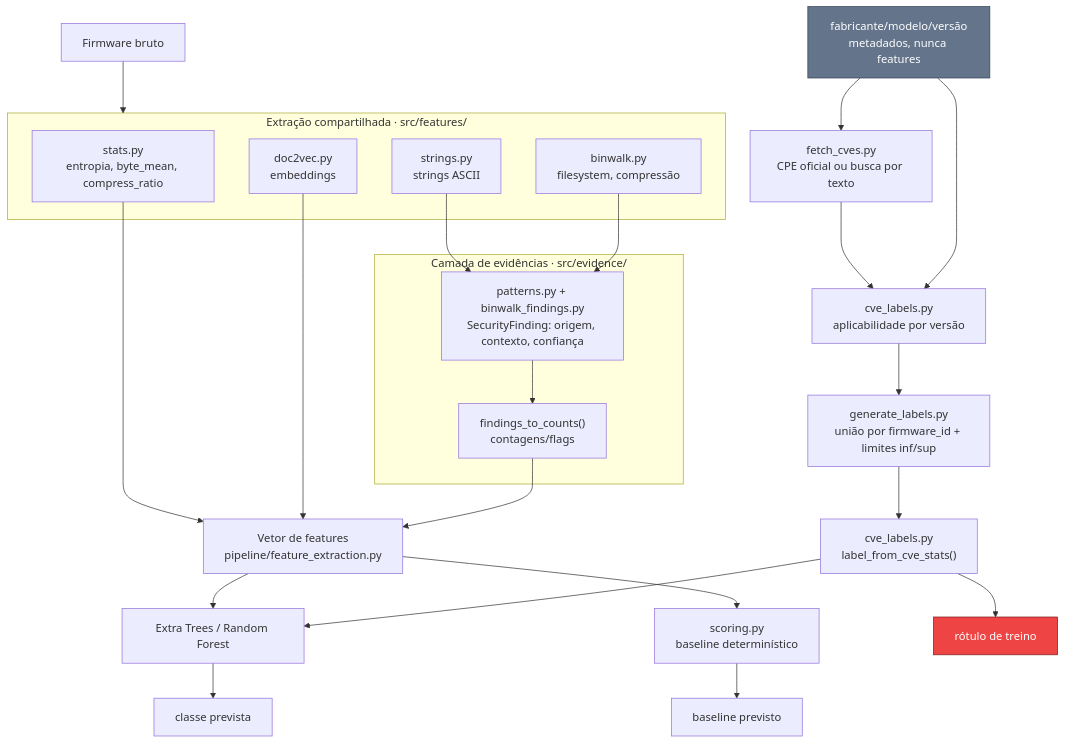
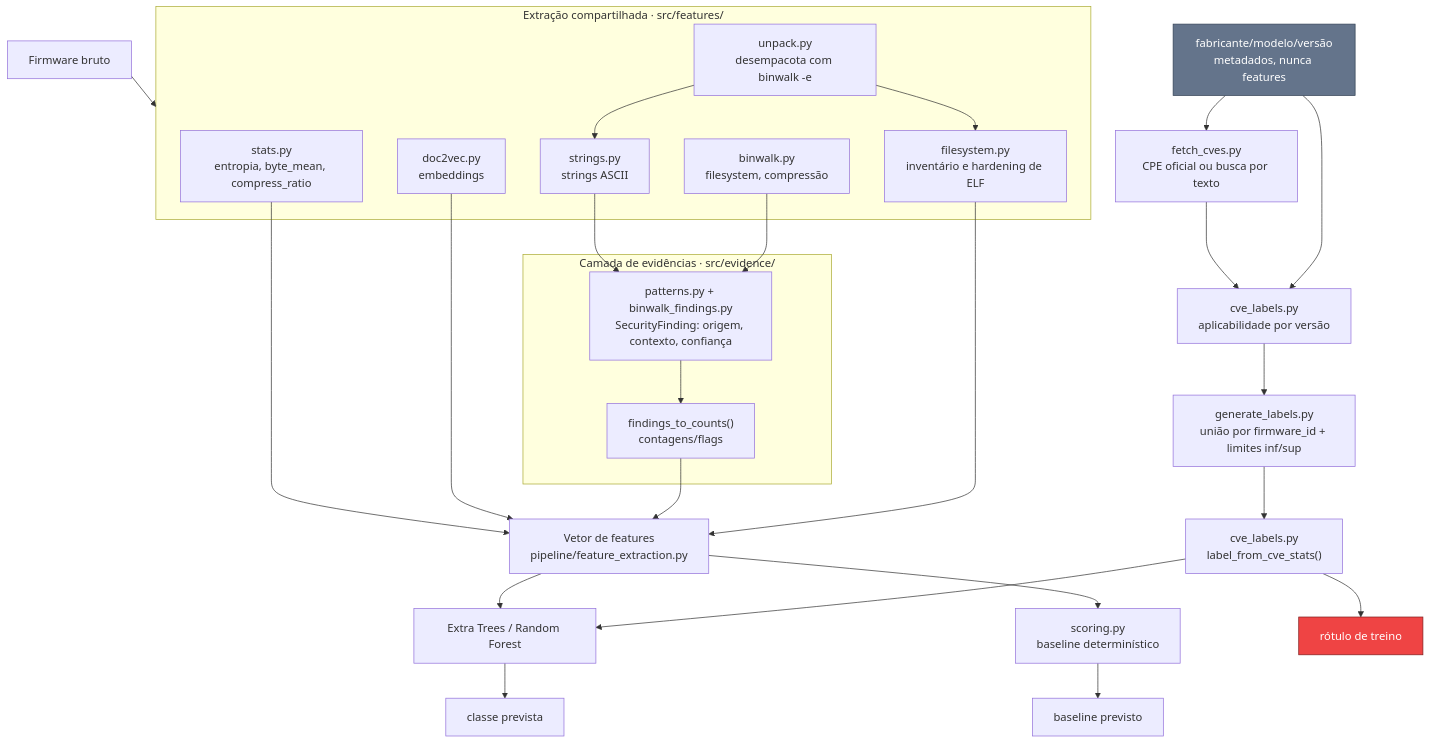
The diagram in docs/PIPELINE.md (MarcusToledo/firmware-ml-classifier), drawn with Mermaid before and after one commit. The commit also changed other lines of this file, not shown here.

Commit message:
docs: descreve unpack e features do filesystem no pipeline

````diff
--- a/docs/PIPELINE.md
+++ b/docs/PIPELINE.md
@@ -21,58 +21,63 @@
 ```mermaid
 graph TD
   FW["Firmware bruto"]
 
   subgraph EXT["Extração compartilhada · src/features/"]
     STATS["stats.py<br/>entropia, byte_mean, compress_ratio"]
     STR["strings.py<br/>strings ASCII"]
     D2V["doc2vec.py<br/>embeddings"]
     BW["binwalk.py<br/>filesystem, compressão"]
+    UNP["unpack.py<br/>desempacota com binwalk -e"]
+    FS["filesystem.py<br/>inventário e hardening de ELF"]
+    UNP --> FS
   end
 
   FW --> EXT
 
   subgraph EVD["Camada de evidências · src/evidence/"]
     FIND["patterns.py + binwalk_findings.py<br/>SecurityFinding: origem, contexto, confiança"]
     CNT["findings_to_counts()<br/>contagens/flags"]
     FIND --> CNT
   end
 
   STR --> FIND
   BW --> FIND
 
   FEAT["Vetor de features<br/>pipeline/feature_extraction.py"]
   STATS --> FEAT
   D2V --> FEAT
   CNT --> FEAT
+  FS --> FEAT
+  UNP --> STR
 
   KEY["fabricante/modelo/versão<br/>metadados, nunca features"]
   NVD["fetch_cves.py<br/>CPE oficial ou busca por texto"]
   KEY --> NVD
 
   MATCH["cve_labels.py<br/>aplicabilidade por versão"]
   NVD --> MATCH
   KEY --> MATCH
   AGG["generate_labels.py<br/>união por firmware_id + limites inf/sup"]
   MATCH --> AGG
 
   LABEL["cve_labels.py<br/>label_from_cve_stats()"]
   AGG --> LABEL
 
   CLF["Extra Trees / Random Forest"]
   BASE["scoring.py<br/>baseline determinístico"]
   FEAT --> CLF
   FEAT --> BASE
   LABEL --> CLF
 
   OUTC["classe prevista"]
   OUTB["baseline previsto"]
   OUTL["rótulo de treino"]
   CLF --> OUTC
   BASE --> OUTB
   LABEL --> OUTL
 
   classDef crit fill:#ef4444,stroke:#7f1d1d,color:#fff
   classDef key fill:#64748b,stroke:#334155,color:#fff
   class OUTL crit
   class KEY key
 ```
````
